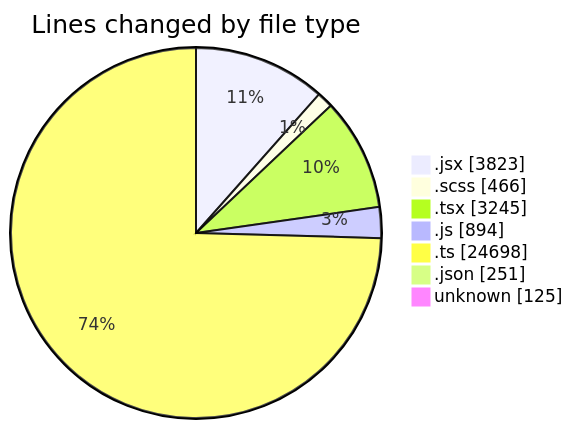
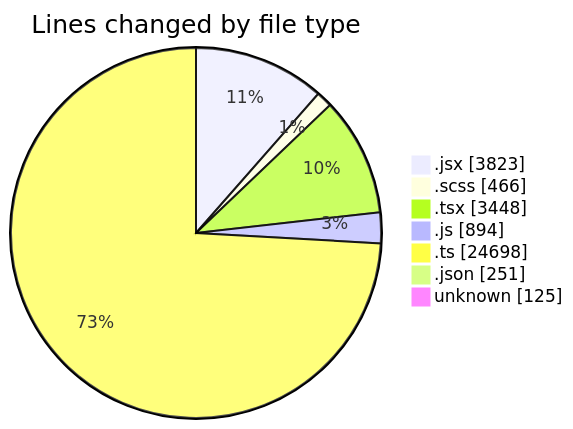
Before and after one commit to momahboobian/code-tracking: the first of 2 diagrams in 2026-09-02/cda/README.md, drawn with Mermaid. The commit also changed other lines of this file and 1 other file, not shown here.

````diff
--- a/2026-09-02/cda/README.md
+++ b/2026-09-02/cda/README.md
@@ -76,11 +77,11 @@
 ```mermaid
 pie showData
 title Lines changed by file type
 ".jsx" : 3823
 ".scss" : 466
-".tsx" : 3245
+".tsx" : 3448
 ".js" : 894
 ".ts" : 24698
 ".json" : 251
 "unknown" : 125
 ```
````
